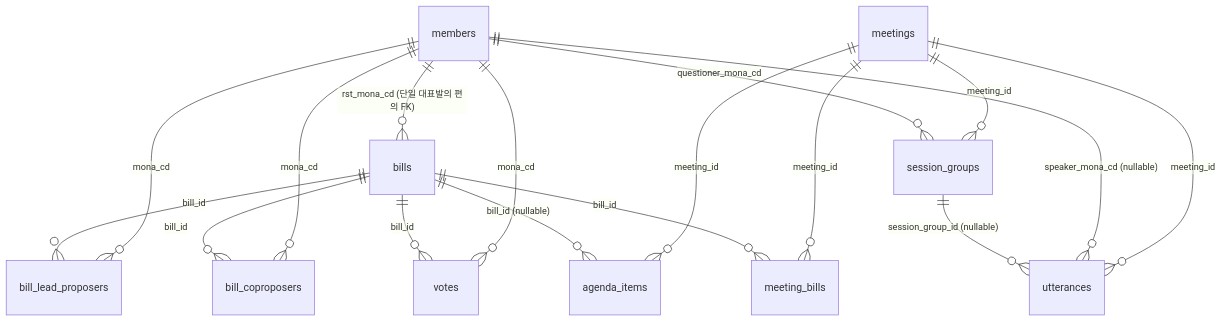
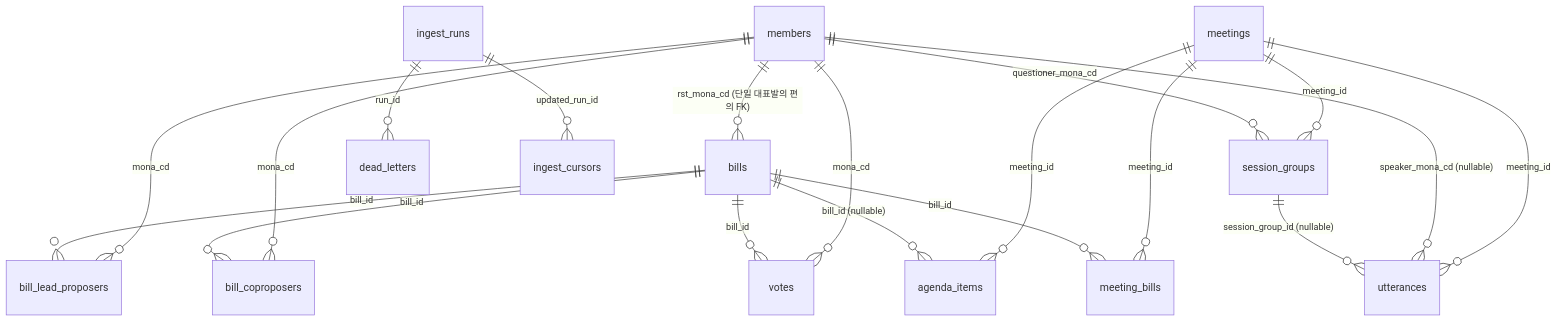
Before and after one commit to tjdwls101010/Congress-DB: the diagram in docs/ERD.md, drawn with Mermaid. The commit also changed other lines of this file and 4 other files, not shown here.

````diff
--- a/docs/ERD.md
+++ b/docs/ERD.md
@@ -7,19 +7,21 @@
 ```mermaid
 erDiagram
     members ||--o{ bills : "rst_mona_cd (단일 대표발의 편의 FK)"
     members ||--o{ bill_lead_proposers : "mona_cd"
     bills ||--o{ bill_lead_proposers : "bill_id"
     members ||--o{ bill_coproposers : "mona_cd"
     bills ||--o{ bill_coproposers : "bill_id"
     members ||--o{ votes : "mona_cd"
     bills ||--o{ votes : "bill_id"
     meetings ||--o{ agenda_items : "meeting_id"
     meetings ||--o{ utterances : "meeting_id"
     meetings ||--o{ session_groups : "meeting_id"
     meetings ||--o{ meeting_bills : "meeting_id"
     bills ||--o{ meeting_bills : "bill_id"
     members ||--o{ utterances : "speaker_mona_cd (nullable)"
     members ||--o{ session_groups : "questioner_mona_cd"
     session_groups ||--o{ utterances : "session_group_id (nullable)"
     bills ||--o{ agenda_items : "bill_id (nullable)"
+    ingest_runs ||--o{ dead_letters : "run_id"
+    ingest_runs ||--o{ ingest_cursors : "updated_run_id"
 ```
````
